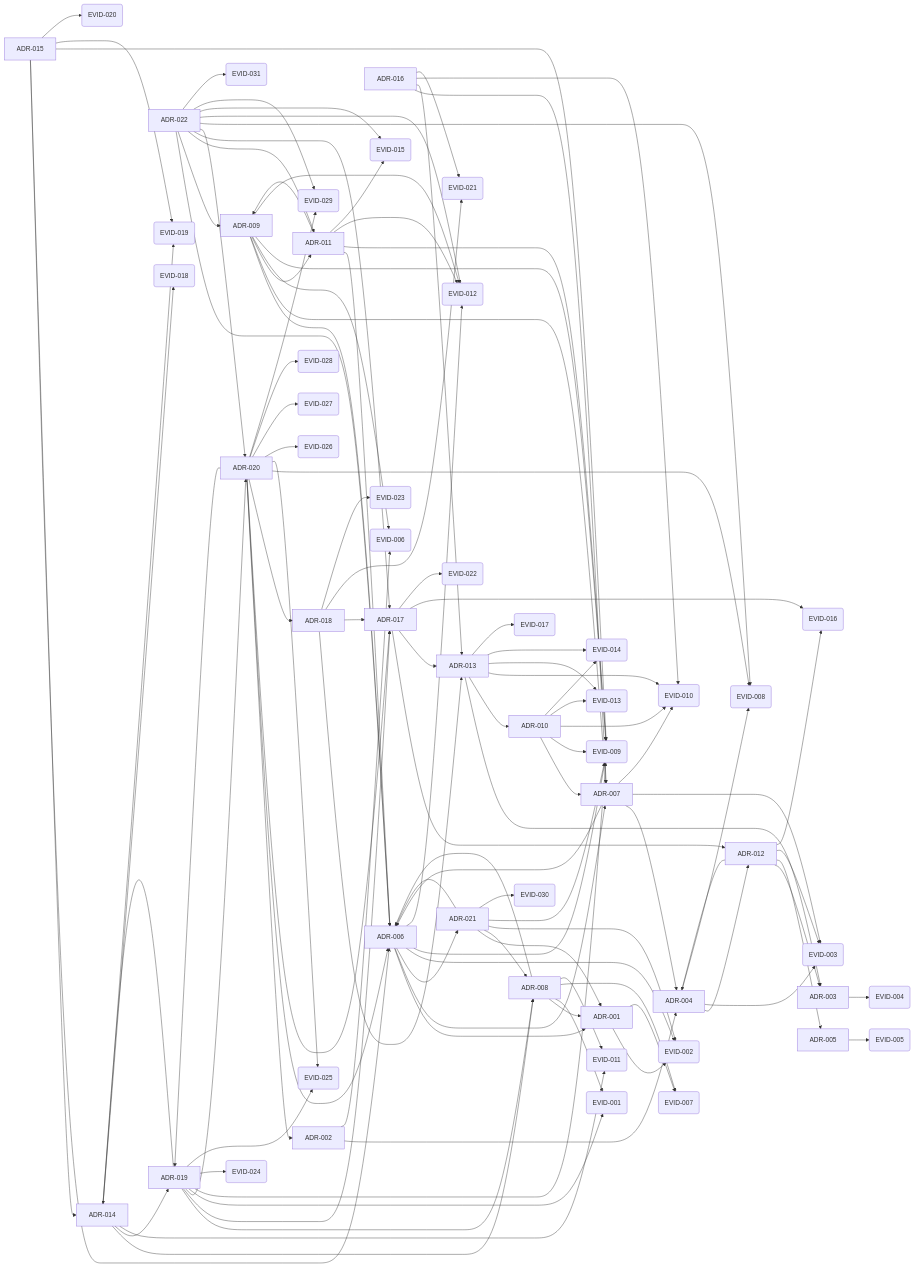
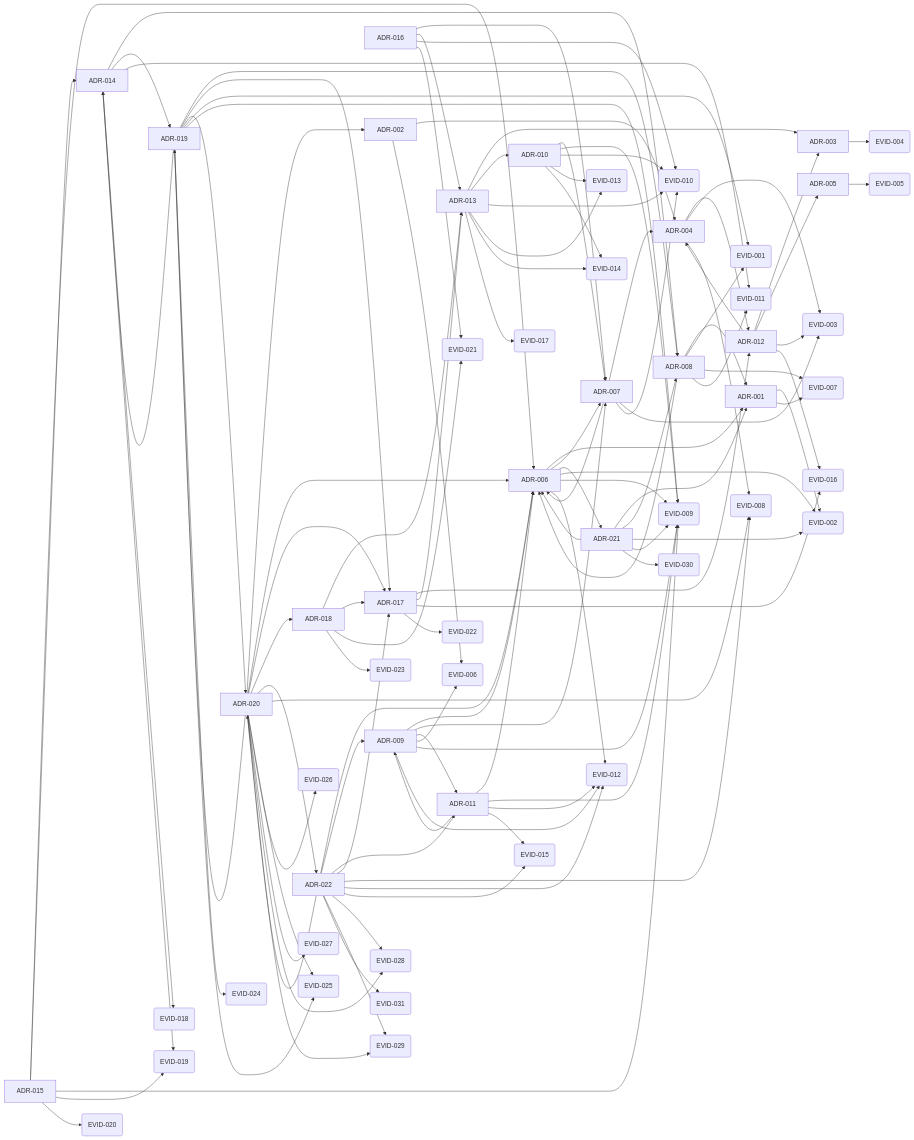
Before and after one commit to TeramachiShunsuke/aidd: the diagram in GRAPH.md, drawn with Mermaid. The commit also changed other lines of this file and 11 other files, not shown here.

````diff
--- a/GRAPH.md
+++ b/GRAPH.md
@@ -173,6 +173,7 @@
   ADR_020 --> ADR_017
   ADR_020 --> ADR_018
   ADR_020 --> ADR_019
+  ADR_020 --> ADR_022
   ADR_020 --> EVID_008
   ADR_020 --> EVID_025
   ADR_020 --> EVID_026
@@ -193,6 +194,7 @@
   ADR_022 --> EVID_008
   ADR_022 --> EVID_012
   ADR_022 --> EVID_015
+  ADR_022 --> EVID_028
   ADR_022 --> EVID_029
   ADR_022 --> EVID_031
 ```
````
